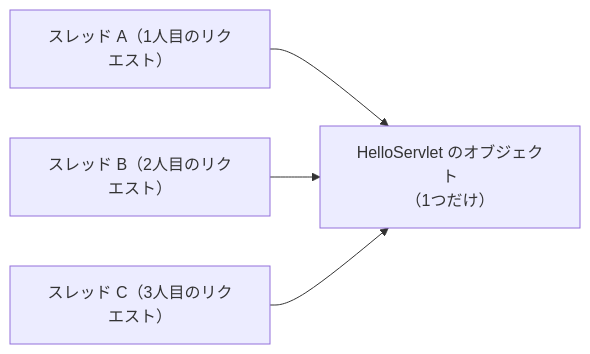
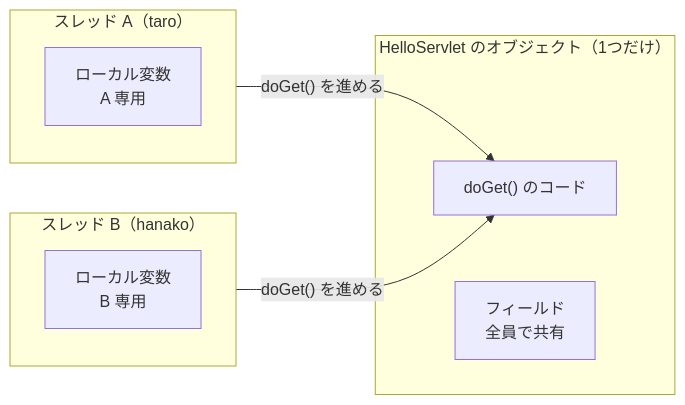
The first of 2 diagrams in servlet/03-servlet-invocation/04-instance-and-threads.md (Appricot144/teaching-material), drawn with Mermaid before and after one commit. The commit also changed other lines of this file and 4 other files, not shown here.

````diff
--- a/servlet/03-servlet-invocation/04-instance-and-threads.md
+++ b/servlet/03-servlet-invocation/04-instance-and-threads.md
@@ -17,6 +18,15 @@
 ```mermaid
 flowchart LR
-    A["スレッド A（1人目のリクエスト）"] --> S["HelloServlet のオブジェクト<br/>（1つだけ）"]
-    B["スレッド B（2人目のリクエスト）"] --> S
-    C["スレッド C（3人目のリクエスト）"] --> S
+    subgraph THB["スレッド B（hanako）"]
+        LB["ローカル変数<br/>B 専用"]
+    end
+    subgraph THA["スレッド A（taro）"]
+        LA["ローカル変数<br/>A 専用"]
+    end
+    subgraph O["HelloServlet のオブジェクト（1つだけ）"]
+        D["doGet() のコード"]
+        F["フィールド<br/>全員で共有"]
+    end
+    THA -- "doGet() を進める" --> D
+    THB -- "doGet() を進める" --> D
 ```
````
